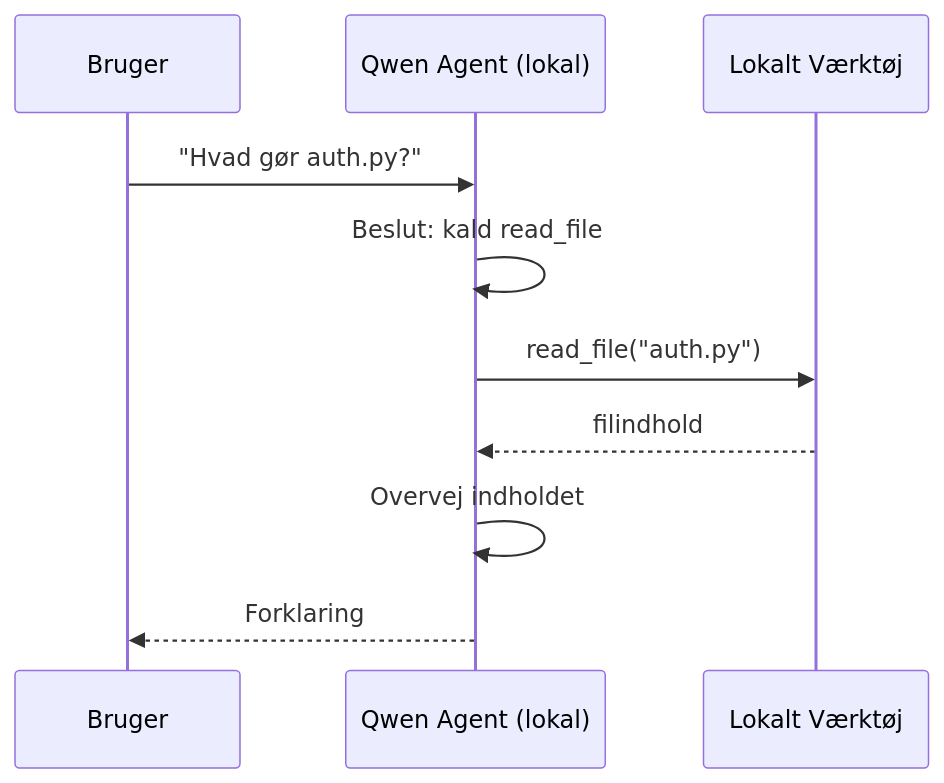
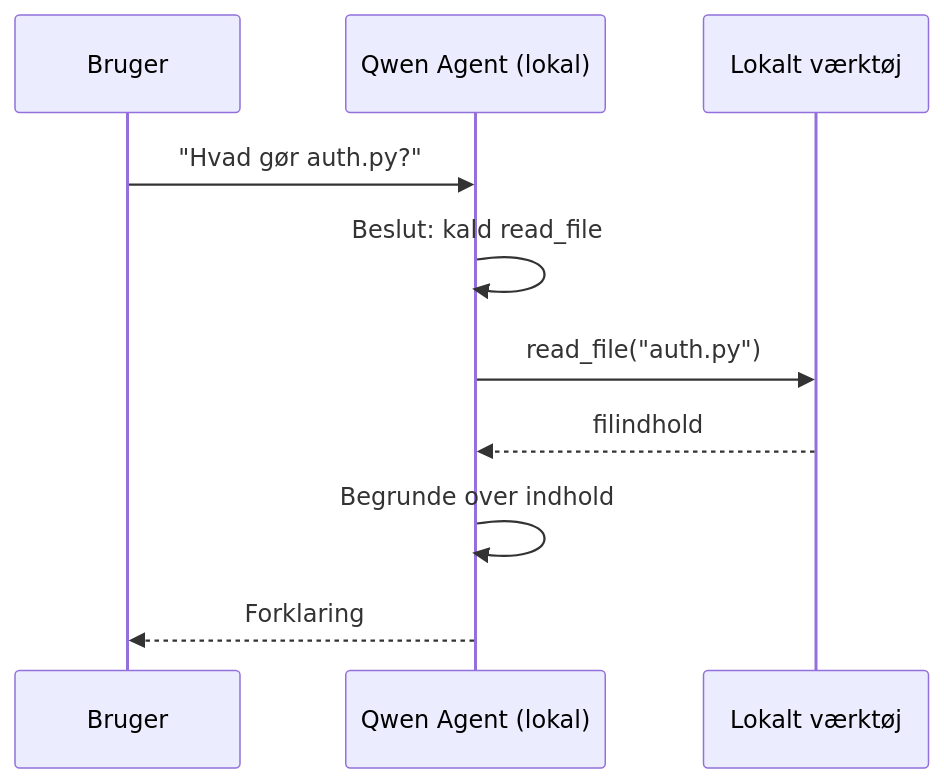
The second of 4 diagrams in mirrors/repos/microsoft@ai-agents-for-beginners/translations/da/17-creating-local-ai-agents/README.md (gabrielmoreira/agent-skills-mirror), drawn with Mermaid before and after one commit. The commit also changed other lines of this file and 4262 other files, not shown here.

````diff
--- a/mirrors/repos/microsoft@ai-agents-for-beginners/translations/da/17-creating-local-ai-agents/README.md
+++ b/mirrors/repos/microsoft@ai-agents-for-beginners/translations/da/17-creating-local-ai-agents/README.md
@@ -106,12 +106,12 @@
 ```mermaid
 sequenceDiagram
     participant U as Bruger
     participant A as Qwen Agent (lokal)
-    participant T as Lokalt Værktøj
+    participant T as Lokalt værktøj
     U->>A: "Hvad gør auth.py?"
     A->>A: Beslut: kald read_file
     A->>T: read_file("auth.py")
     T-->>A: filindhold
-    A->>A: Overvej indholdet
+    A->>A: Begrunde over indhold
     A-->>U: Forklaring
 ```
````
